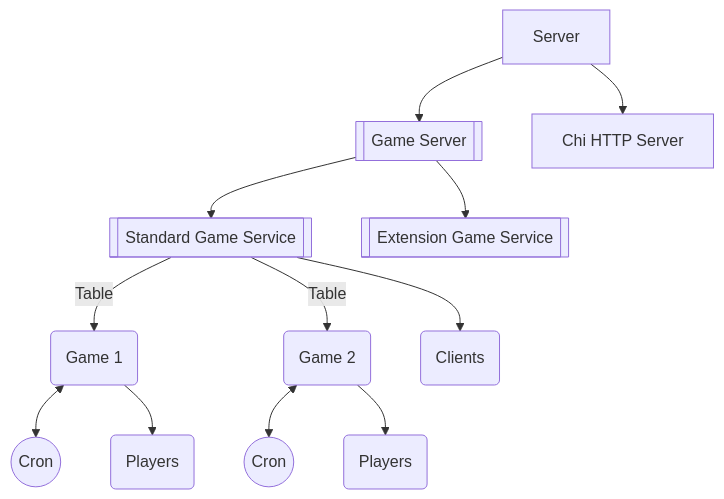
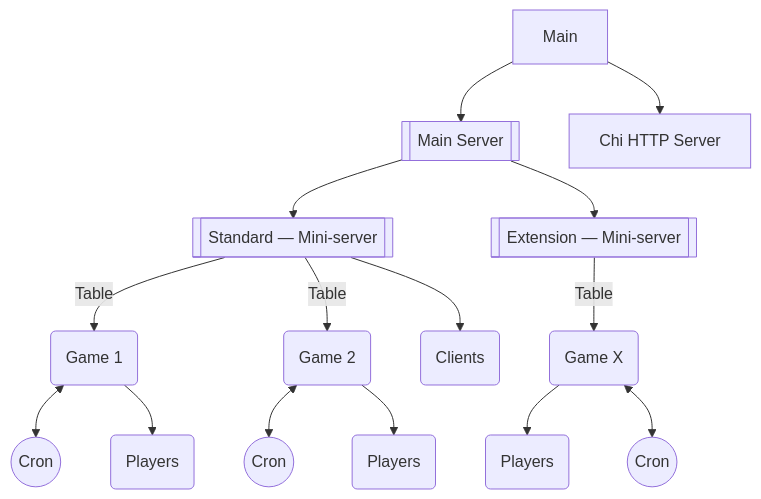
One commit to Zadigo/myboardgames changed the first of 2 diagrams in services/basegame/README.md. Above: the diagram before and after it, drawn with Mermaid. The commit also changed 1 other file, not shown here.

Commit message:
Refactor readme

````diff
--- a/services/basegame/README.md
+++ b/services/basegame/README.md
@@ -7,18 +7,23 @@
 ```mermaid
 flowchart
 
-S[Server] --> G[[Game Server]]
-S[Server] --> C[Chi HTTP Server]
+	S[Main] --> G[[Main Server]]
+	S --> C[Chi HTTP Server]
 
-G --> ST[[Standard Game Service]]
-G --> EX[[Extension Game Service]]
+	G --> ST[[Standard — Mini-server]]
+	G --> EX[[Extension — Mini-server]]
 
-ST --> |Table|T1(Game 1)
-ST --> |Table|T2(Game 2)
-ST --> L(Clients)
+	ST --> |Table|T1(Game 1)
+	ST --> |Table|T2(Game 2)
+	ST --> L(Clients)
 
-T1 <--> C1((Cron))
-T2 <--> C2((Cron))
-T1 --> P1(Players)
-T2 --> P2(Players)
+	T1 <--> C1((Cron))
+	T2 <--> C2((Cron))
+	T1 --> P1(Players)
+	T2 --> P2(Players)
+
+	EX --> |Table|T3(Game X)
+
+	T3 --> P3(Players)
+	T3 <--> C3((Cron))
 ```
````
